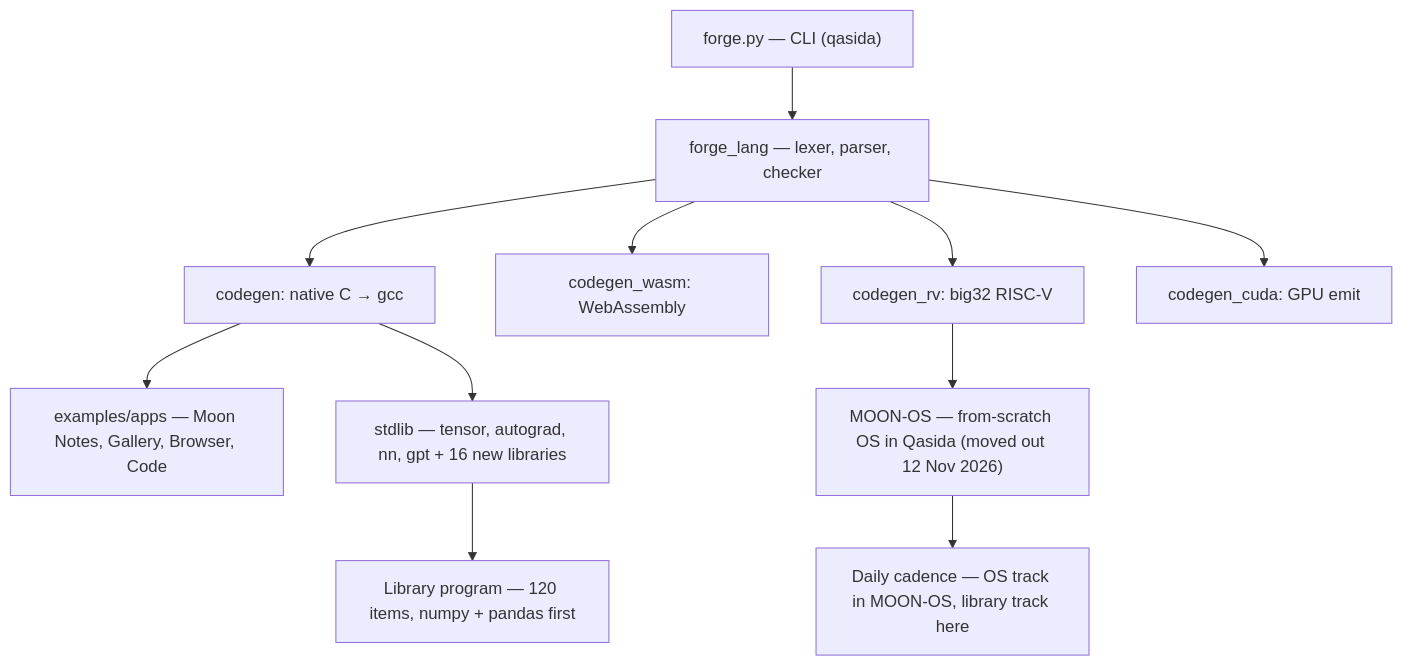
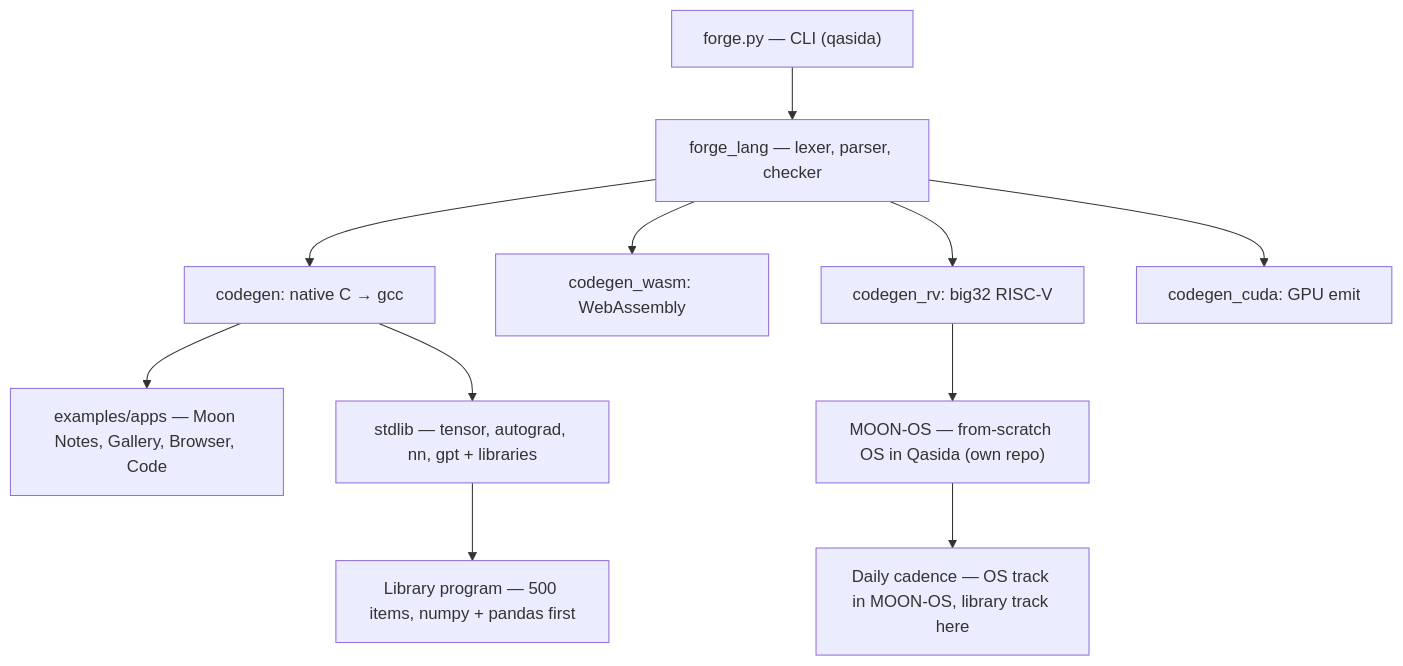
One commit to themythofsisyphusjayant/RED-MOON- changed the second of 2 diagrams in README.md. Above: the diagram before and after it, drawn with Mermaid. The commit also changed other lines of this file, not shown here.

Commit message:
Refresh README: Qasida 2.2.0, self-hosting, speed + quant-latency results

````diff
--- a/README.md
+++ b/README.md
@@ -499,13 +277,13 @@
 ```mermaid
 flowchart TD
     CLI["forge.py — CLI (qasida)"] --> LANG["forge_lang — lexer, parser, checker"]
     LANG --> NAT["codegen: native C → gcc"]
     LANG --> WASM["codegen_wasm: WebAssembly"]
     LANG --> RV["codegen_rv: big32 RISC-V"]
     LANG --> CUDA["codegen_cuda: GPU emit"]
     NAT --> APPS["examples/apps — Moon Notes, Gallery, Browser, Code"]
-    NAT --> ML["stdlib — tensor, autograd, nn, gpt + 16 new libraries"]
-    RV --> OS["MOON-OS — from-scratch OS in Qasida (moved out 12 Nov 2026)"]
-    ML --> LIBS["Library program — 120 items, numpy + pandas first"]
+    NAT --> ML["stdlib — tensor, autograd, nn, gpt + libraries"]
+    RV --> OS["MOON-OS — from-scratch OS in Qasida (own repo)"]
+    ML --> LIBS["Library program — 500 items, numpy + pandas first"]
     OS --> DAILY["Daily cadence — OS track in MOON-OS, library track here"]
 ```
````
